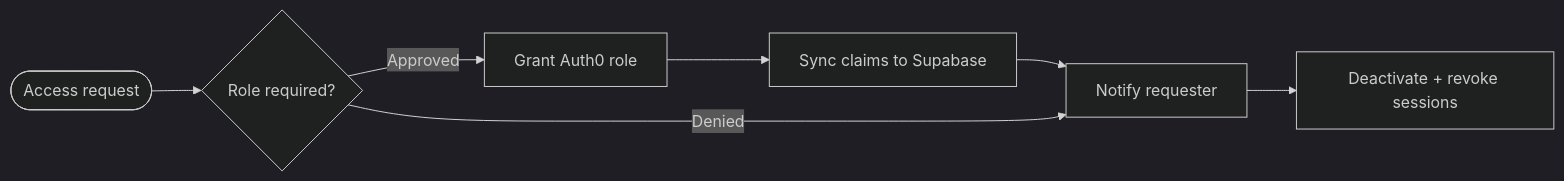
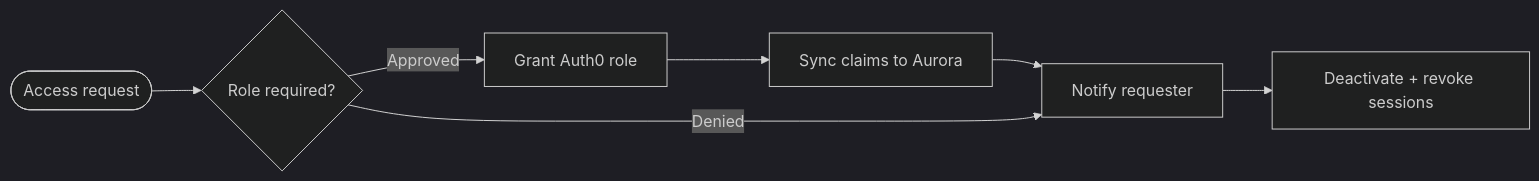
Before and after one commit to marcelkenner/clarivum: the diagram in docs/diagrams/adr-002-authentication-and-authorization/bpmn-access-governance.mmd, drawn with Mermaid (dark theme). The commit also changed 205 other files, not shown here.

````diff
--- a/docs/diagrams/adr-002-authentication-and-authorization/bpmn-access-governance.mmd
+++ b/docs/diagrams/adr-002-authentication-and-authorization/bpmn-access-governance.mmd
@@ -1,13 +1,13 @@
 ```mermaid
 flowchart LR
     start([Access request])
     review{Role required?}
     approve[Grant Auth0 role]
-    sync[Sync claims to Supabase]
+    sync[Sync claims to Aurora]
     notify[Notify requester]
     revoke[Deactivate + revoke sessions]
     start --> review
     review -->|Approved| approve --> sync --> notify
     review -->|Denied| notify
     notify --> revoke
 ```
````
